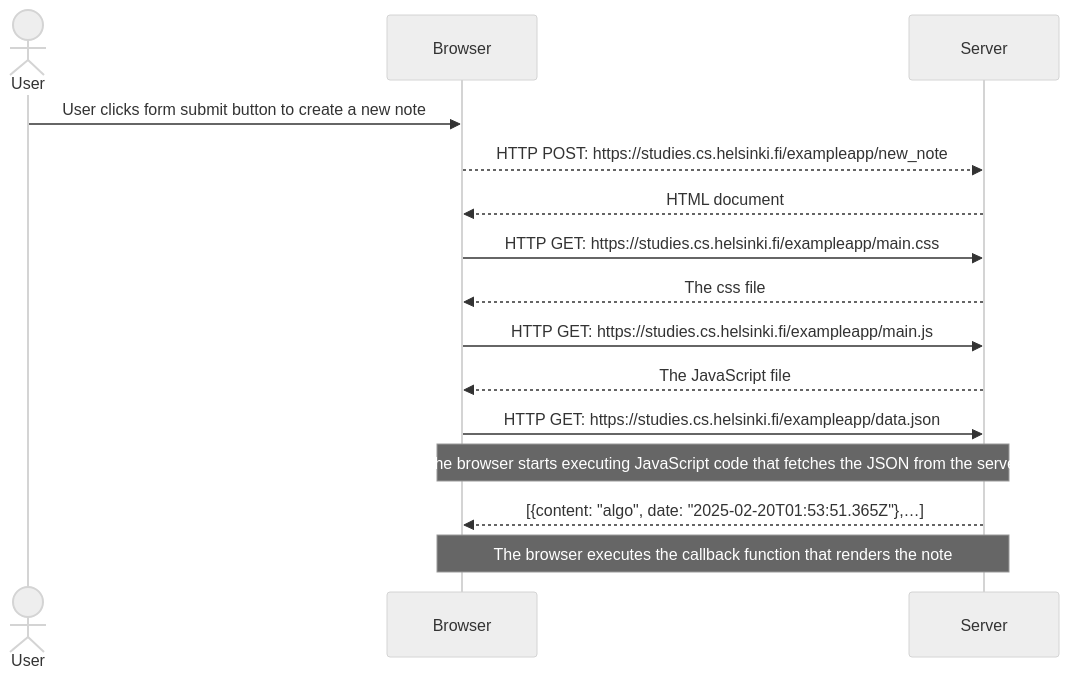
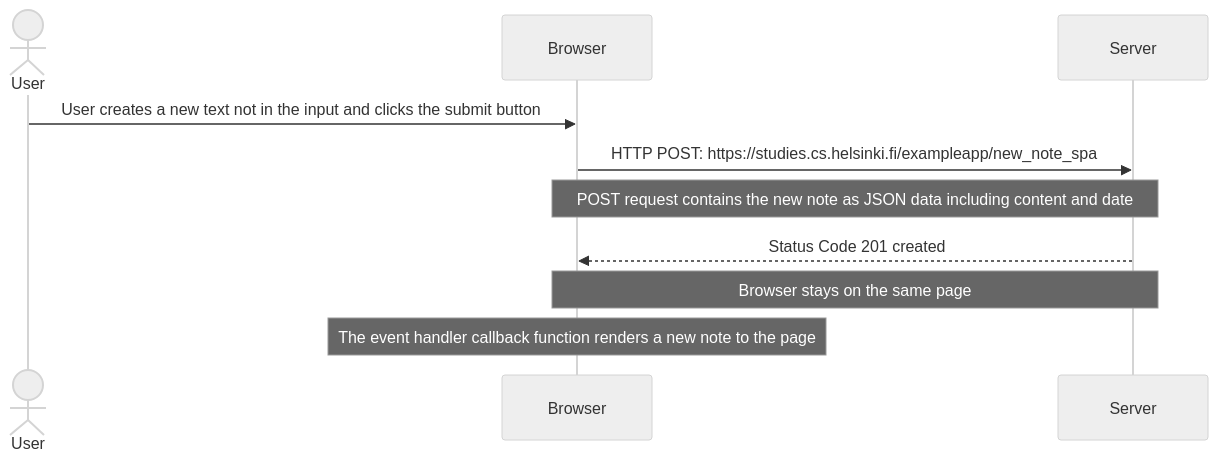
The diagram in part0/0.6_new_note_in_SPA_diagram.md (StephenOwen07/Full-Stack-Open), drawn with Mermaid (neutral theme) before and after one commit.

Commit message:
exercise: complete 0.6 new note in single page application diagram

````diff
--- a/part0/0.6_new_note_in_SPA_diagram.md
+++ b/part0/0.6_new_note_in_SPA_diagram.md
@@ -2,19 +2,17 @@
 ```mermaid
     sequenceDiagram
-    Actor U as User
-    Participant B as Browser
-    Participant S as Server
+      Actor User
+      Participant B as Browser
+      Participant S as Server
+    
 
-    U ->> B: User clicks form submit button to create a new note
-    B -->> S: HTTP POST: https://studies.cs.helsinki.fi/exampleapp/new_note
-    S -->> B: HTML document
-    B ->> S: HTTP GET: https://studies.cs.helsinki.fi/exampleapp/main.css
-    S -->> B: The css file
-    B ->> S: HTTP GET: https://studies.cs.helsinki.fi/exampleapp/main.js
-    S -->> B: The JavaScript file
-    B ->> S: HTTP GET: https://studies.cs.helsinki.fi/exampleapp/data.json
-    Note over B,S: The browser starts executing JavaScript code that fetches the JSON from the server 
-    S -->> B: [{content: "algo", date: "2025-02-20T01:53:51.365Z"},…]
-    Note over B,S: The browser executes the callback function that renders the note
+    User ->> B: User creates a new text not in the input and clicks the submit button
+    B ->> S: HTTP POST: https://studies.cs.helsinki.fi/exampleapp/new_note_spa
+    Note over B,S: POST request contains the new note as JSON data including content and date
+
+    S -->> B: Status Code 201 created
+    Note over B,S: Browser stays on the same page
+   Note over B: The event handler callback function renders a new note to the page 
+  
 
 ``` 
````
